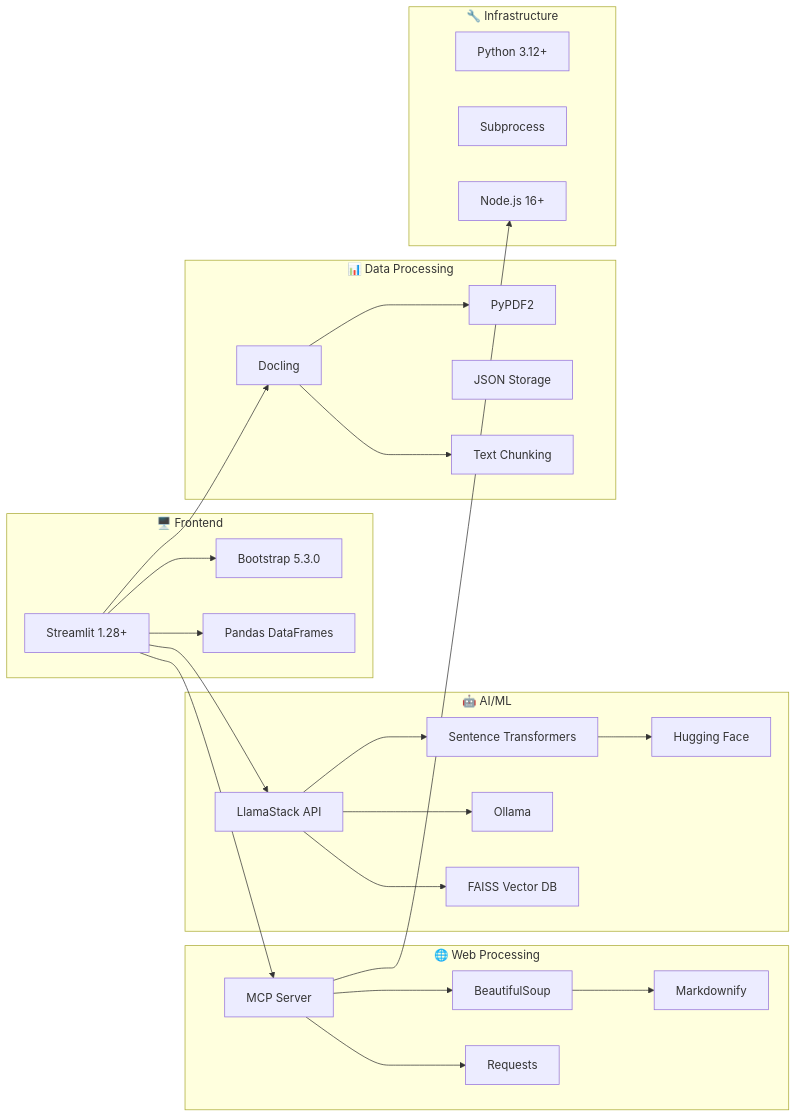
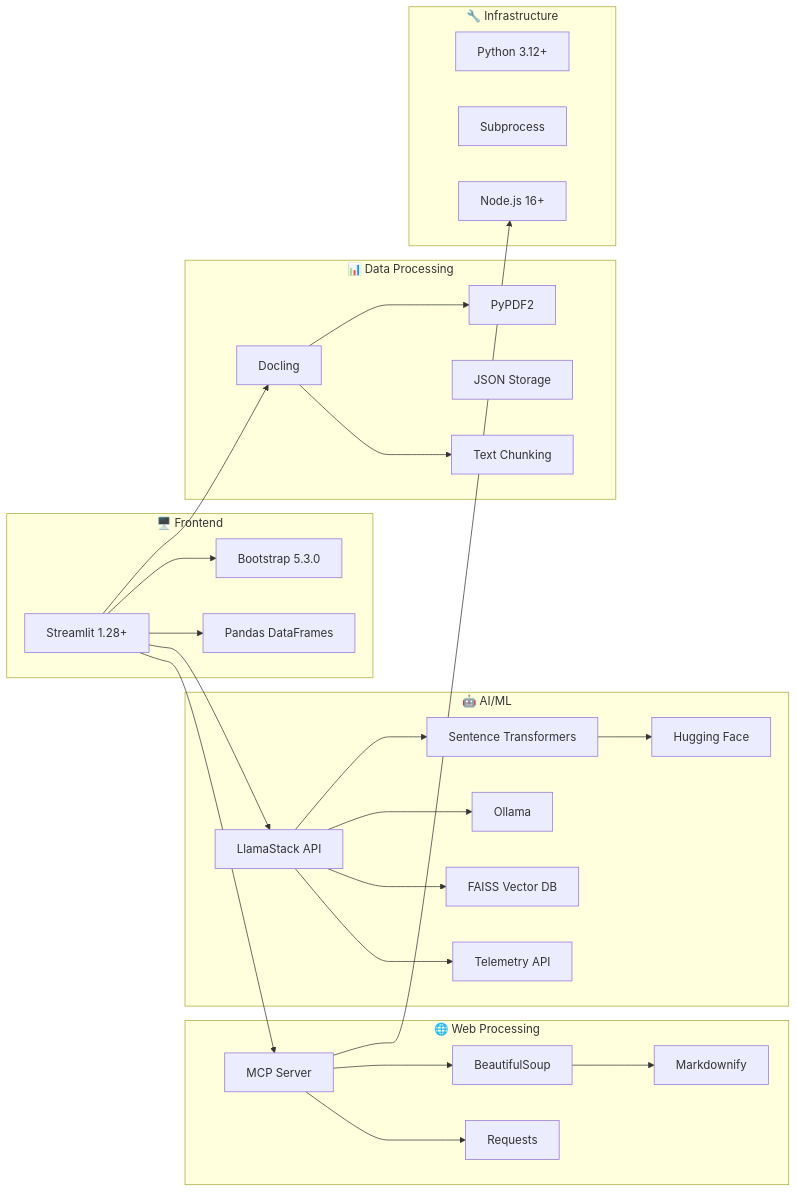
Before and after one commit to abhijeet-dhumal/llama-stack-rag: the second of 3 diagrams in README.md, drawn with Mermaid. The commit also changed other lines of this file and 12 other files, not shown here.

````diff
--- a/README.md
+++ b/README.md
@@ -195,52 +207,54 @@
 ```mermaid
 graph LR
     subgraph "🖥️ Frontend"
         ST[Streamlit 1.28+]
         CSS[Bootstrap 5.3.0]
         PD[Pandas DataFrames]
     end
     
     subgraph "🌐 Web Processing"
         MCP[MCP Server]
         BS[BeautifulSoup]
         REQ[Requests]
         MD[Markdownify]
     end
     
     subgraph "🤖 AI/ML"
         LS[LlamaStack API]
         ST_EMB[Sentence Transformers]
         OL[Ollama]
         HF[Hugging Face]
         FAISS[FAISS Vector DB]
+        TELEM[Telemetry API]
     end
     
     subgraph "📊 Data Processing"
         DOC[Docling]
         PDF[PyPDF2]
         JSON[JSON Storage]
         CHUNK[Text Chunking]
     end
     
     subgraph "🔧 Infrastructure"
         PY[Python 3.12+]
         SUB[Subprocess]
         NODE[Node.js 16+]
     end
     
     ST --> LS
     ST --> CSS
     ST --> PD
     ST --> MCP
     MCP --> BS
     MCP --> REQ
     BS --> MD
     LS --> ST_EMB
     LS --> OL
     LS --> FAISS
+    LS --> TELEM
     ST_EMB --> HF
     DOC --> PDF
     DOC --> CHUNK
     ST --> DOC
     MCP --> NODE
 ```
````
